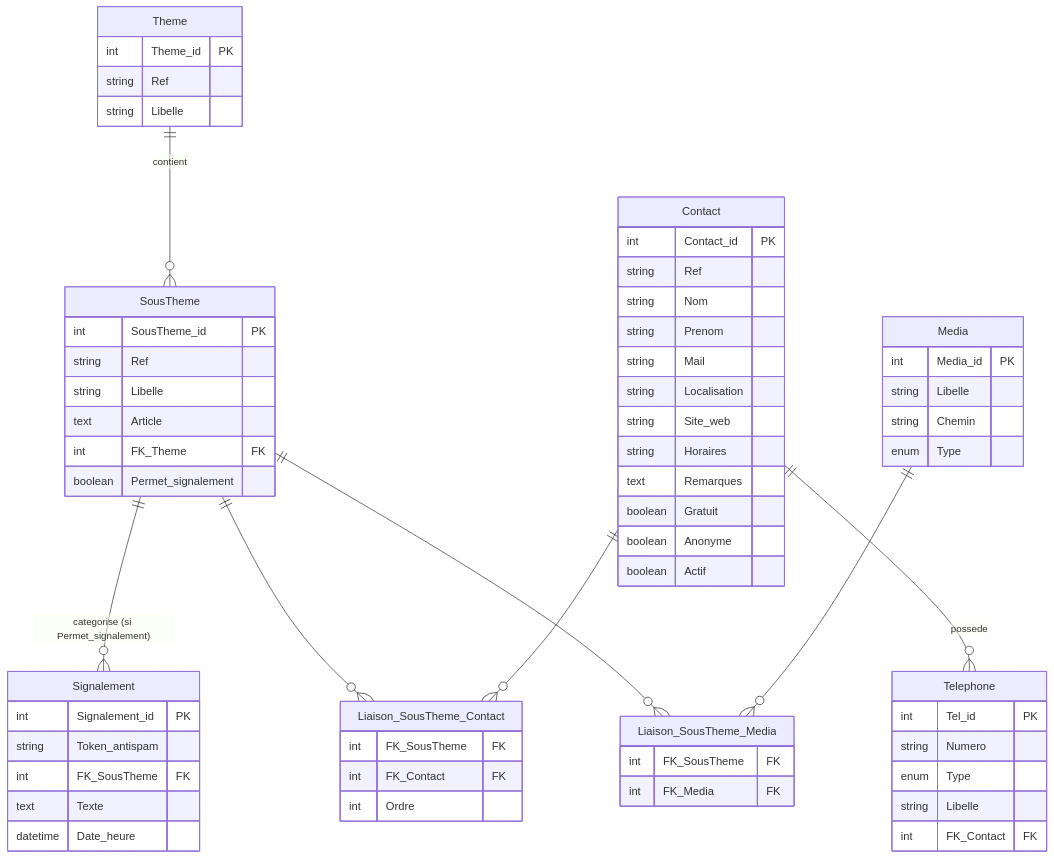
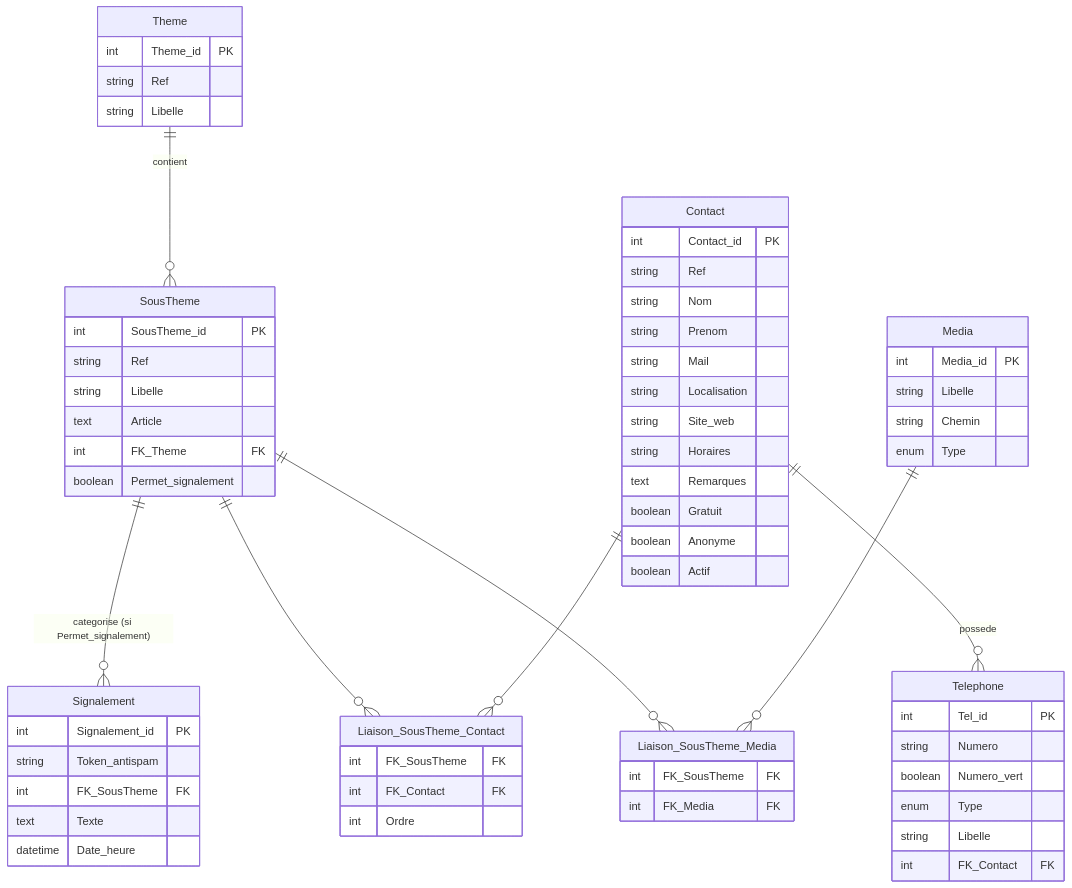
One commit to S-T-L/Safe-Campus-back changed the second of 4 diagrams in docs/schema_bd.md. Above: the diagram before and after it, drawn with Mermaid. The commit also changed other lines of this file and 4 other files, not shown here.

Commit message:
feat(telephone): ajout numéro vert. - colonne booleenne numero_vert sur telephones, default false - cast boolean sur le modele Telephone - etat numeroVert() sur la factory - maj docs/schema_bd.md et tests

````diff
--- a/docs/schema_bd.md
+++ b/docs/schema_bd.md
@@ -109,74 +109,75 @@
 ```mermaid
 erDiagram
     Theme {
         int    Theme_id PK
         string Ref
         string Libelle
     }
 
     SousTheme {
         int     SousTheme_id       PK
         string  Ref
         string  Libelle
         text    Article
         int     FK_Theme           FK
         boolean Permet_signalement
     }
 
     Contact {
         int     Contact_id   PK
         string  Ref
         string  Nom
         string  Prenom
         string  Mail
         string  Localisation
         string  Site_web
         string  Horaires
         text    Remarques
         boolean Gratuit
         boolean Anonyme
         boolean Actif
     }
 
     Telephone {
-        int    Tel_id     PK
-        string Numero
-        enum   Type
-        string Libelle
-        int    FK_Contact FK
+        int     Tel_id      PK
+        string  Numero
+        boolean Numero_vert
+        enum    Type
+        string  Libelle
+        int     FK_Contact  FK
     }
 
     Media {
         int    Media_id PK
         string Libelle
         string Chemin
         enum   Type
     }
 
     Signalement {
         int      Signalement_id PK
         string   Token_antispam
         int      FK_SousTheme   FK
         text     Texte
         datetime Date_heure
     }
 
     Liaison_SousTheme_Contact {
         int FK_SousTheme FK
         int FK_Contact   FK
         int Ordre
     }
 
     Liaison_SousTheme_Media {
         int FK_SousTheme FK
         int FK_Media     FK
     }
 
     Theme     ||--o{ SousTheme                 : "contient"
     SousTheme ||--o{ Signalement               : "categorise (si Permet_signalement)"
     SousTheme ||--o{ Liaison_SousTheme_Contact : ""
     Contact   ||--o{ Liaison_SousTheme_Contact : ""
     Contact   ||--o{ Telephone                 : "possede"
     SousTheme ||--o{ Liaison_SousTheme_Media   : ""
     Media     ||--o{ Liaison_SousTheme_Media   : ""
 ```
````
